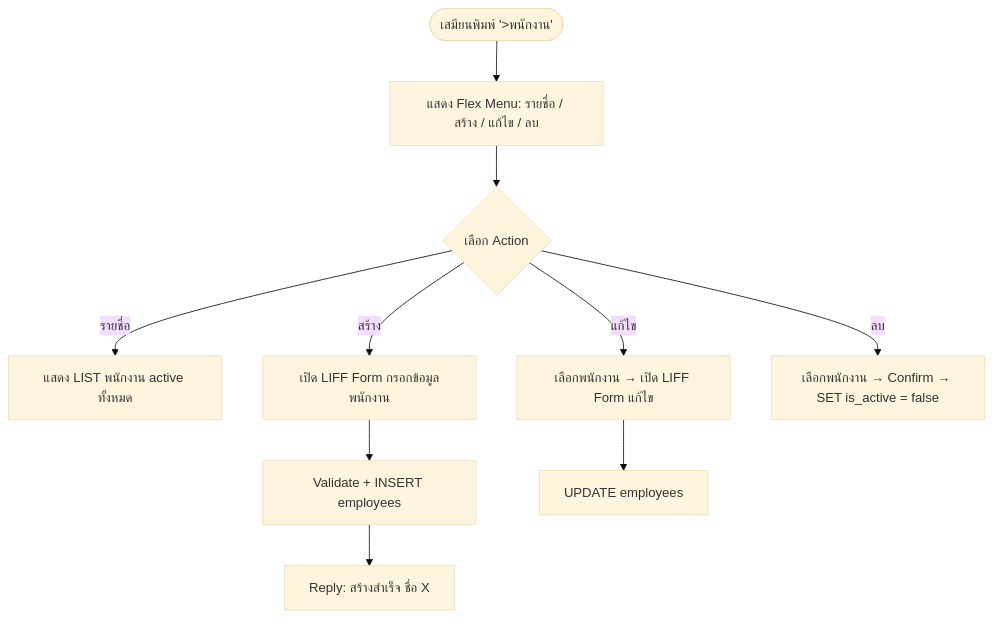
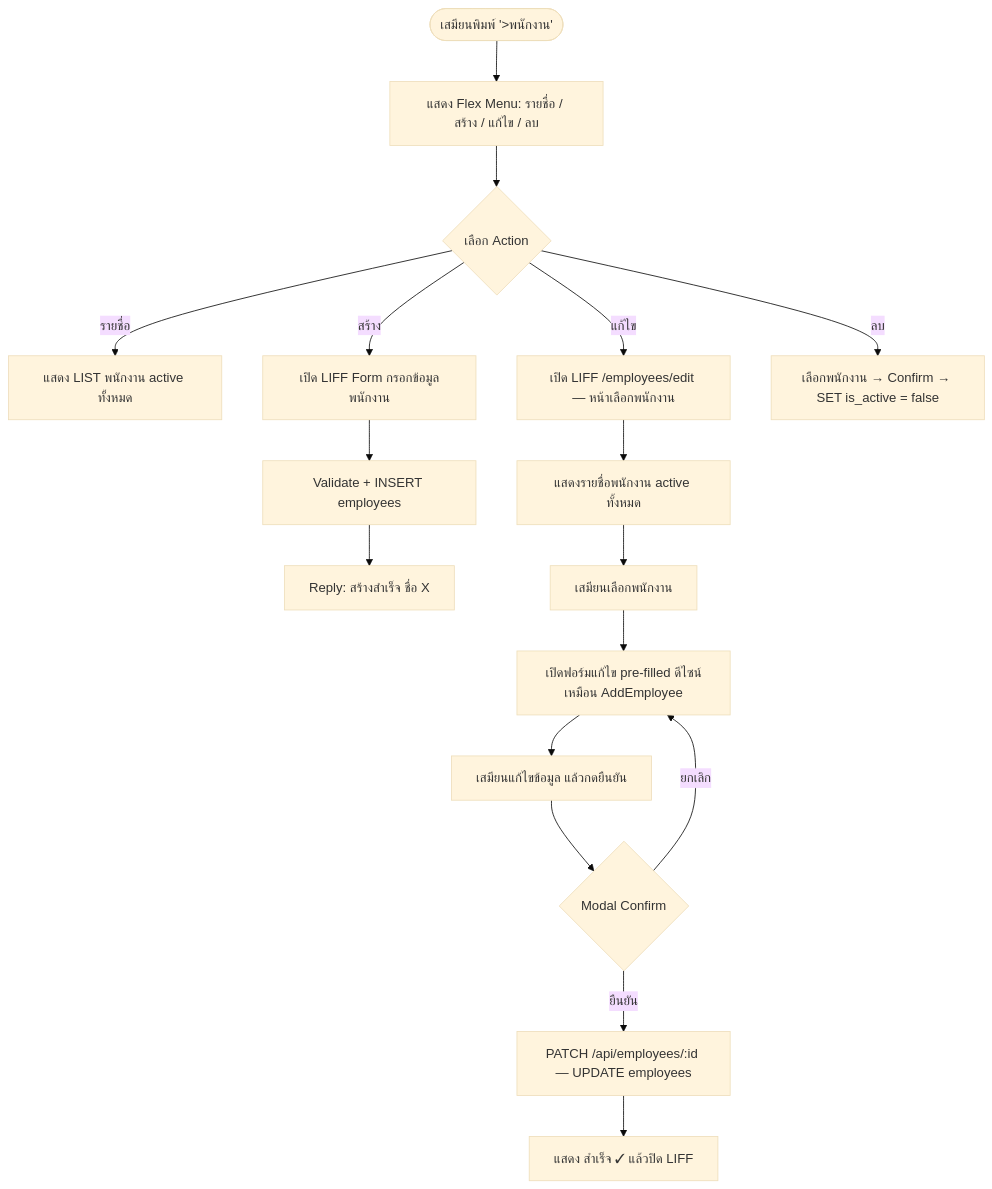
Before and after one commit to b33mx/jass: the first of 3 diagrams in doct/PRD.md, drawn with Mermaid (base theme). The commit also changed 27 other files, not shown here.

Commit message:
feat: add employee management flow with Supabase

````diff
--- a/doct/PRD.md
+++ b/doct/PRD.md
@@ -75,12 +75,19 @@
 ```mermaid
 flowchart TD
     A([เสมียนพิมพ์ '>พนักงาน']) --> B[แสดง Flex Menu: รายชื่อ / สร้าง / แก้ไข / ลบ]
     B --> C{เลือก Action}
     C -->|รายชื่อ| D[แสดง LIST พนักงาน active ทั้งหมด]
     C -->|สร้าง| E[เปิด LIFF Form กรอกข้อมูลพนักงาน]
     E --> F[Validate + INSERT employees]
     F --> G[Reply: สร้างสำเร็จ ชื่อ X]
-    C -->|แก้ไข| H[เลือกพนักงาน → เปิด LIFF Form แก้ไข]
-    H --> I[UPDATE employees]
+    C -->|แก้ไข| H[เปิด LIFF /employees/edit — หน้าเลือกพนักงาน]
+    H --> H1[แสดงรายชื่อพนักงาน active ทั้งหมด]
+    H1 --> H2[เสมียนเลือกพนักงาน]
+    H2 --> H3[เปิดฟอร์มแก้ไข pre-filled ดีไซน์เหมือน AddEmployee]
+    H3 --> H4[เสมียนแก้ไขข้อมูล แล้วกดยืนยัน]
+    H4 --> H5{Modal Confirm}
+    H5 -->|ยืนยัน| I[PATCH /api/employees/:id — UPDATE employees]
+    H5 -->|ยกเลิก| H3
+    I --> I2[แสดง สำเร็จ ✓ แล้วปิด LIFF]
     C -->|ลบ| J[เลือกพนักงาน → Confirm → SET is_active = false]
 ```
````
